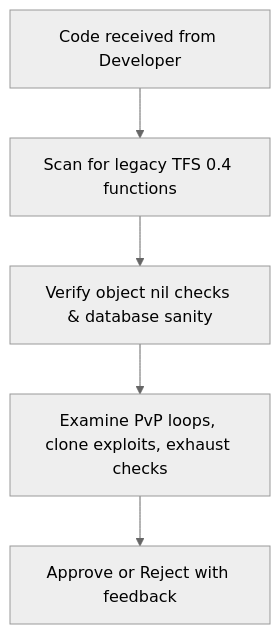
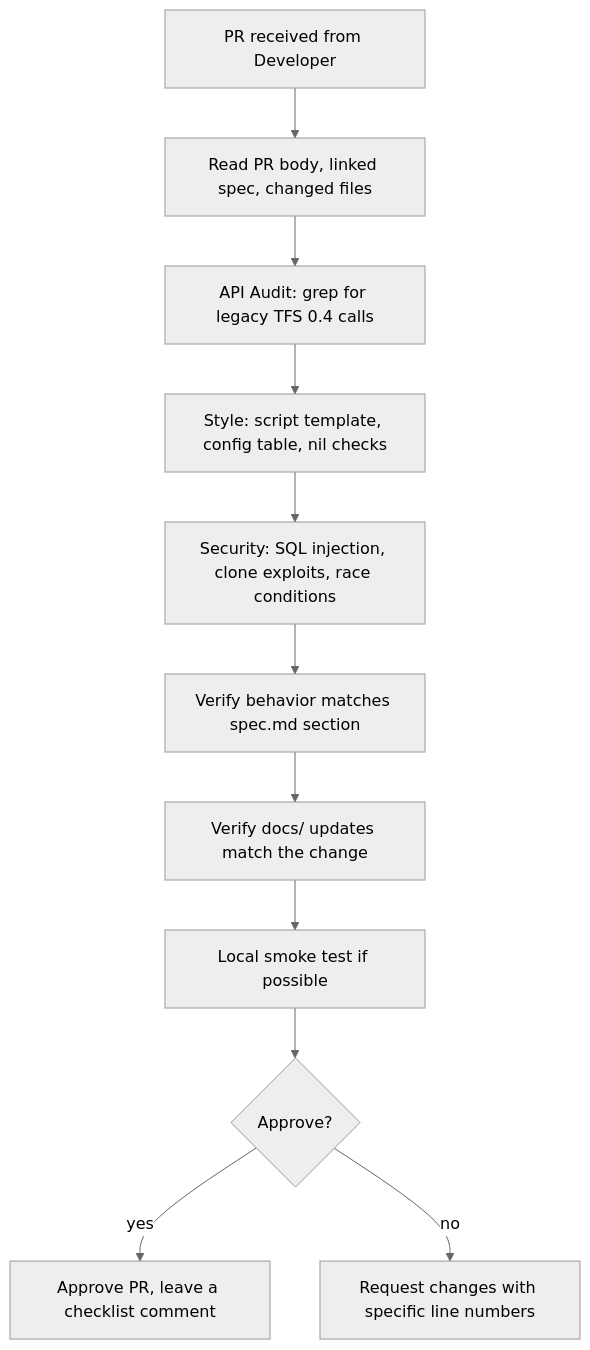
One commit to iflcosta/baiak-yourots changed the diagram in docs/agents/agent_qa.md. Above: the diagram before and after it, drawn with Mermaid (neutral theme). The commit also changed other lines of this file and 21 other files, not shown here.

````diff
--- a/docs/agents/agent_qa.md
+++ b/docs/agents/agent_qa.md
@@ -22,7 +58,13 @@
 ```mermaid
 graph TD
-    CodeReceived[Code received from Developer] --> APIAudit[Scan for legacy TFS 0.4 functions]
-    APIAudit --> SafeCheck[Verify object nil checks & database sanity]
-    SafeCheck --> EdgeCaseAnalysis[Examine PvP loops, clone exploits, exhaust checks]
-    EdgeCaseAnalysis --> Report[Approve or Reject with feedback]
+    PRReceived[PR received from Developer] --> ReadPR[Read PR body, linked spec, changed files]
+    ReadPR --> APIAudit[API Audit: grep for legacy TFS 0.4 calls]
+    APIAudit --> StyleCheck[Style: script template, config table, nil checks]
+    StyleCheck --> SecurityAudit[Security: SQL injection, clone exploits, race conditions]
+    SecurityAudit --> SpecMatch[Verify behavior matches spec.md section]
+    SpecMatch --> DocsCheck[Verify docs/ updates match the change]
+    DocsCheck --> LocalTest[Local smoke test if possible]
+    LocalTest --> Decision{Approve?}
+    Decision -- yes --> Approve[Approve PR, leave a checklist comment]
+    Decision -- no --> Reject[Request changes with specific line numbers]
 ```
````
